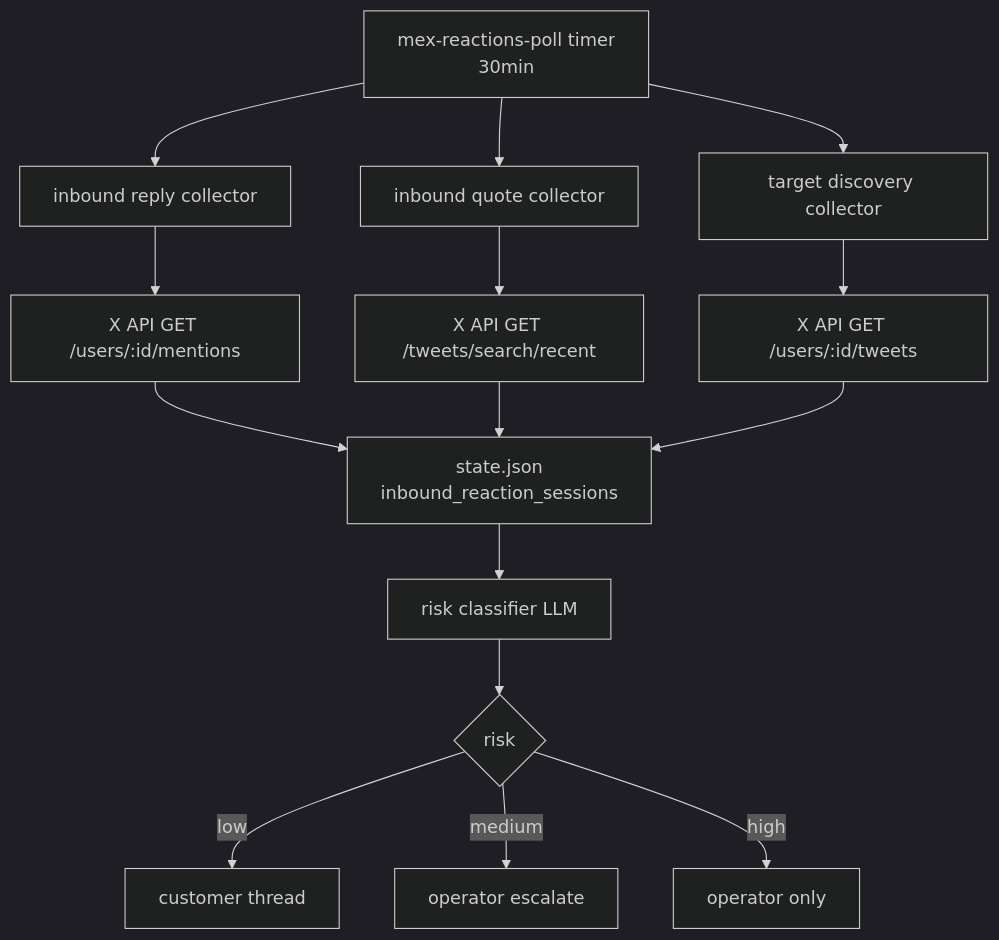
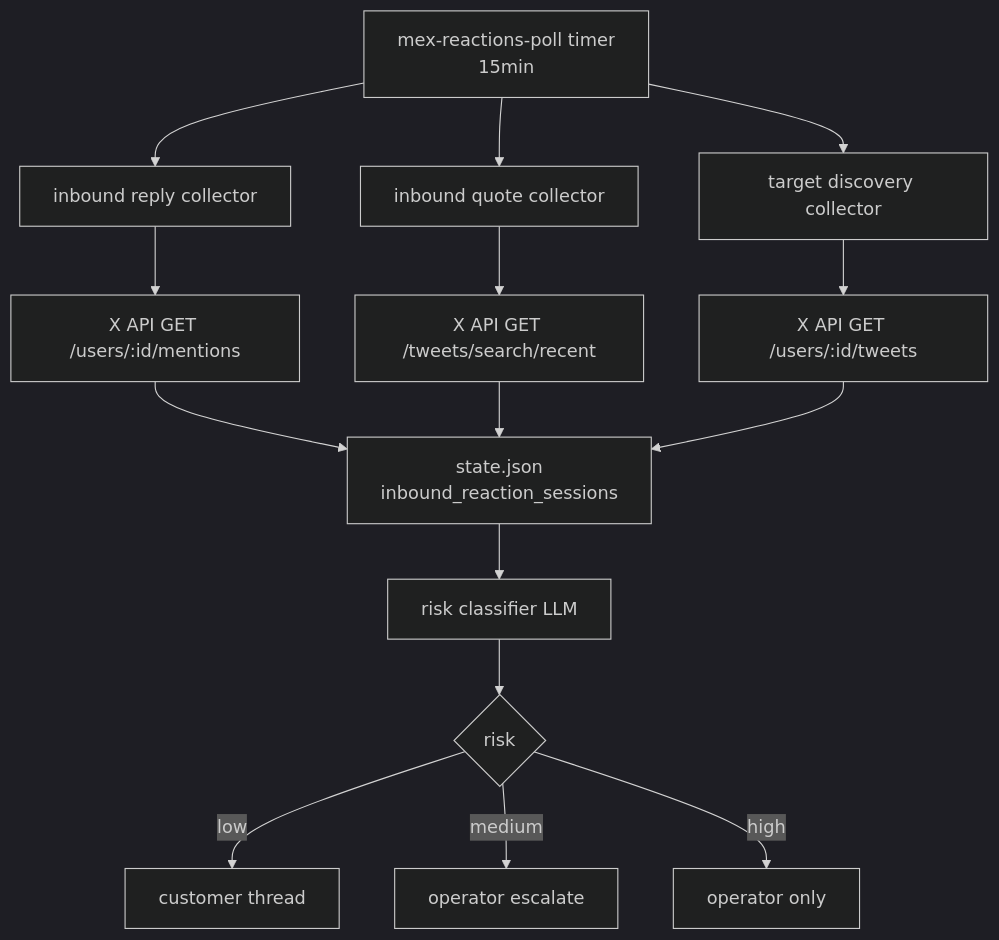
One commit to zumizumi-3/mex-next changed the first of 2 diagrams in docs/developer/30-x-api-collectors.md. Above: the diagram before and after it, drawn with Mermaid (dark theme). The commit also changed 17 other files, not shown here.

````diff
--- a/docs/developer/30-x-api-collectors.md
+++ b/docs/developer/30-x-api-collectors.md
@@ -11,15 +11,15 @@
 ```mermaid
 flowchart TB
-    T[mex-reactions-poll timer<br/>30min] --> A[inbound reply collector]
+    T[mex-reactions-poll timer<br/>15min] --> A[inbound reply collector]
     T --> B[inbound quote collector]
     T --> C[target discovery collector]
     A --> X[X API GET /users/:id/mentions]
     B --> Y[X API GET /tweets/search/recent]
     C --> Z[X API GET /users/:id/tweets]
     X & Y & Z --> S[state.json<br/>inbound_reaction_sessions]
     S --> R[risk classifier LLM]
     R --> D{risk}
     D -->|low| L[customer thread]
     D -->|medium| M[operator escalate]
     D -->|high| H[operator only]
 ```
````
